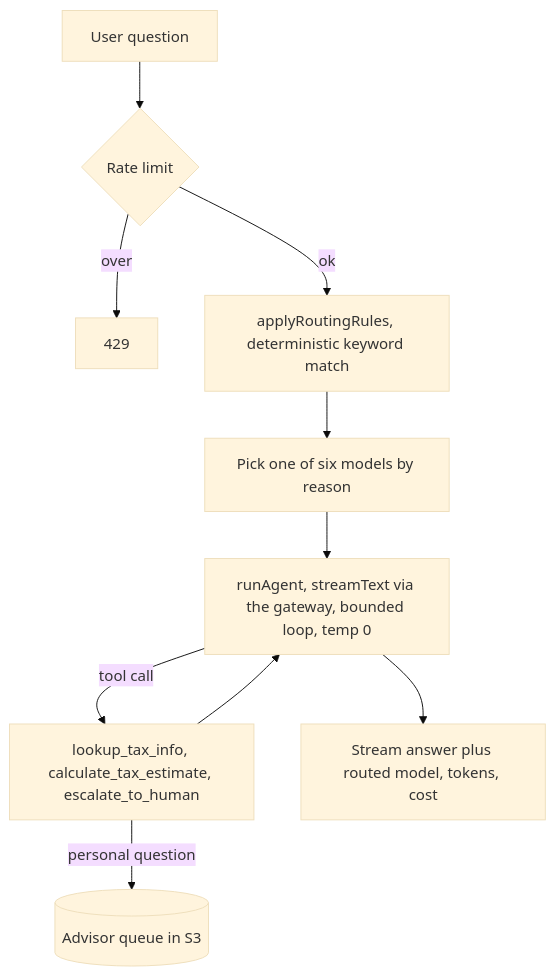
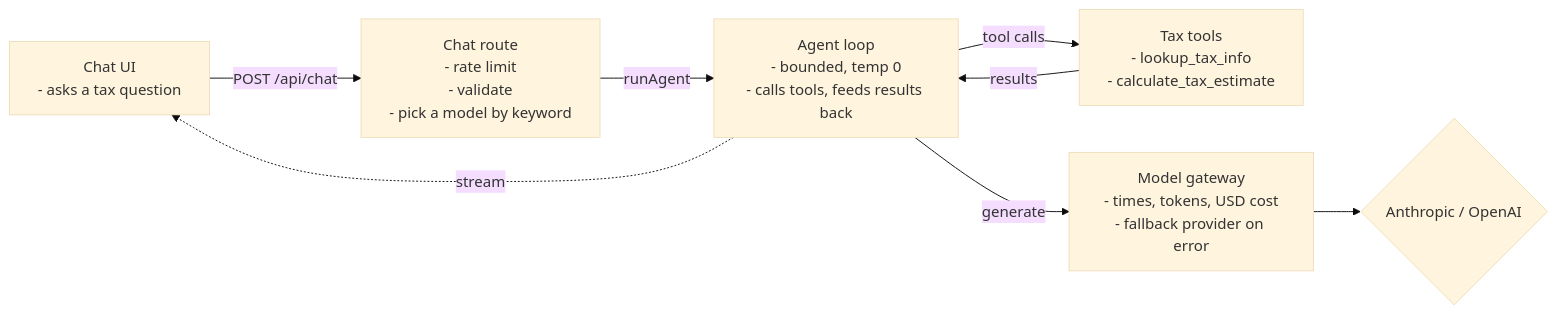
The first of 6 diagrams in README.md (elleskay/ai-tax-assistant-platform), drawn with Mermaid (base theme) before and after one commit. The commit also changed other lines of this file, not shown here.

````diff
--- a/README.md
+++ b/README.md
@@ -82,12 +128,16 @@
 ```mermaid
-flowchart TD
-  Q[User question] --> RL{Rate limit}
-  RL -->|over| E429[429]
-  RL -->|ok| Rules[applyRoutingRules, deterministic keyword match]
-  Rules --> Pick[Pick one of six models by reason]
-  Pick --> Agent[runAgent, streamText via the gateway, bounded loop, temp 0]
-  Agent -->|tool call| Tools[lookup_tax_info, calculate_tax_estimate, escalate_to_human]
-  Tools --> Agent
-  Agent --> Stream[Stream answer plus routed model, tokens, cost]
-  Tools -->|personal question| Queue[(Advisor queue in S3)]
+flowchart LR
+  UI["Chat UI<br/>- asks a tax question"]
+  API["Chat route<br/>- rate limit<br/>- validate<br/>- pick a model by keyword"]
+  Agent["Agent loop<br/>- bounded, temp 0<br/>- calls tools, feeds results back"]
+  Tools["Tax tools<br/>- lookup_tax_info<br/>- calculate_tax_estimate"]
+  GW["Model gateway<br/>- times, tokens, USD cost<br/>- fallback provider on error"]
+  Prov{"Anthropic / OpenAI"}
+  UI -->|"POST /api/chat"| API
+  API -->|runAgent| Agent
+  Agent -->|tool calls| Tools
+  Tools -->|results| Agent
+  Agent -->|generate| GW
+  GW --> Prov
+  Agent -.stream.-> UI
 ```
````
